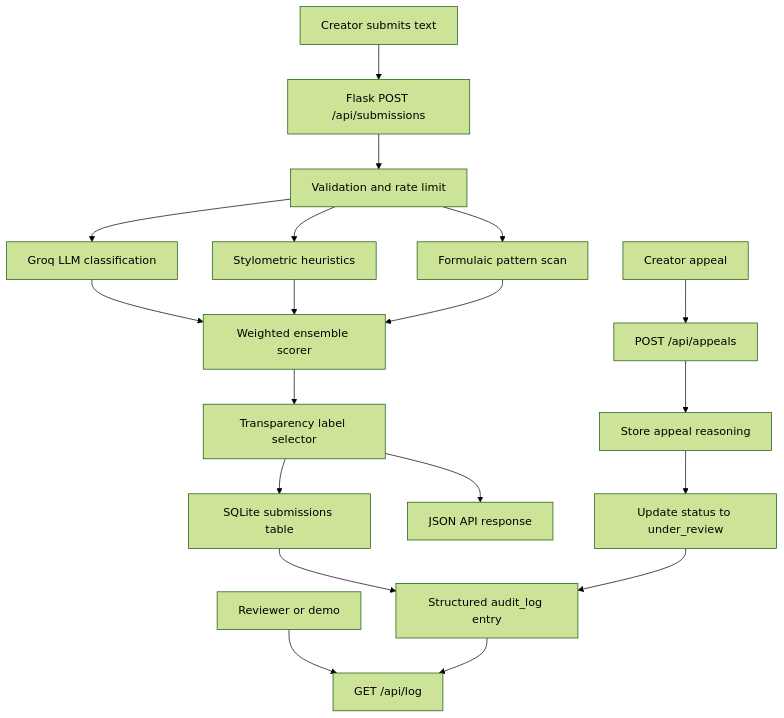
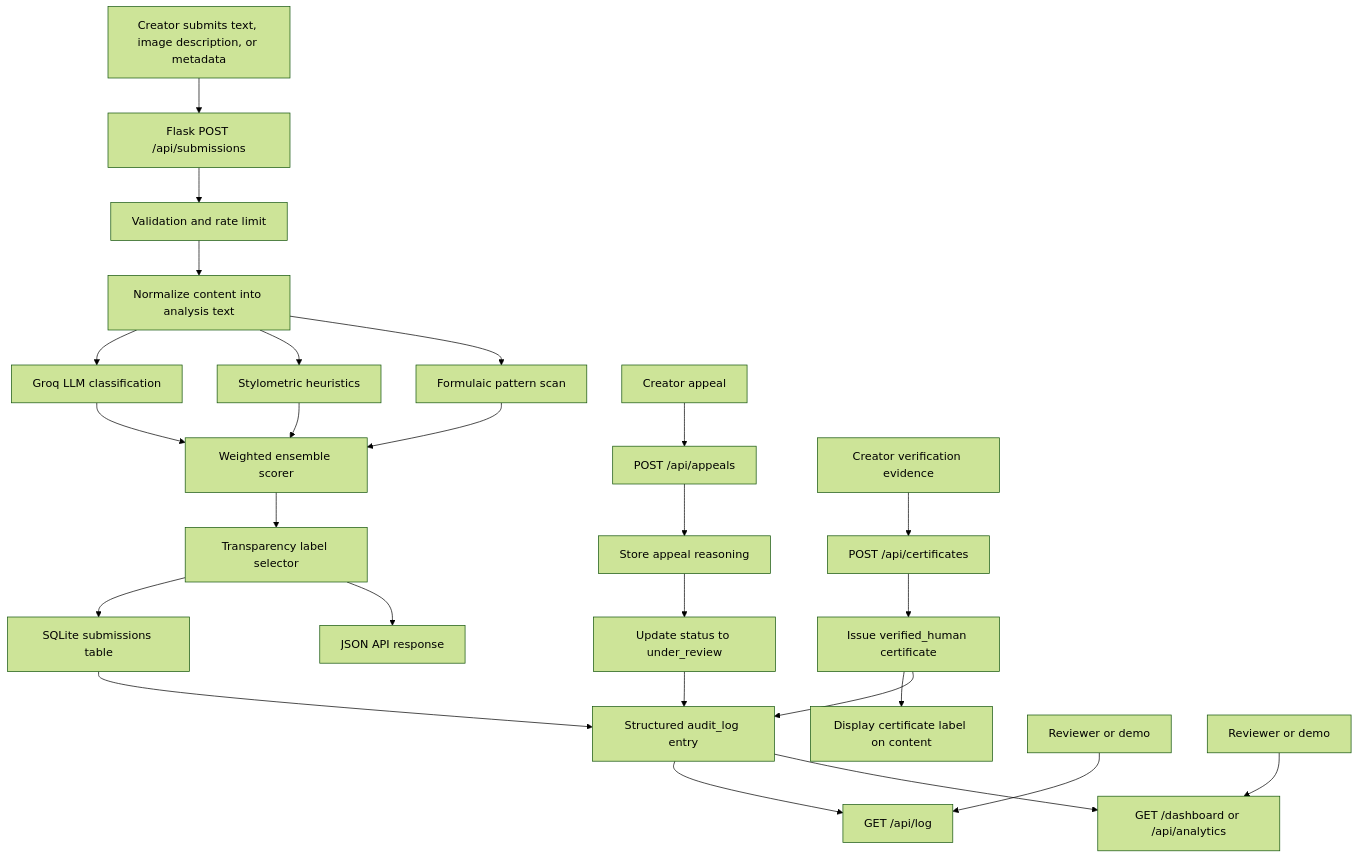
Before and after one commit to neonforestmist/ai201-project4-provenance-guard: the diagram in planning.md, drawn with Mermaid (forest theme). The commit also changed other lines of this file and 8 other files, not shown here.

````diff
--- a/planning.md
+++ b/planning.md
@@ -33,21 +33,28 @@
 ```mermaid
 flowchart TD
-    A["Creator submits text"] --> B["Flask POST /api/submissions"]
+    A["Creator submits text, image description, or metadata"] --> B["Flask POST /api/submissions"]
     B --> C["Validation and rate limit"]
-    C --> D["Groq LLM classification"]
-    C --> E["Stylometric heuristics"]
-    C --> F["Formulaic pattern scan"]
+    C --> R["Normalize content into analysis text"]
+    R --> D["Groq LLM classification"]
+    R --> E["Stylometric heuristics"]
+    R --> F["Formulaic pattern scan"]
     D --> G["Weighted ensemble scorer"]
     E --> G
     F --> G
     G --> H["Transparency label selector"]
     H --> I["SQLite submissions table"]
     I --> J["Structured audit_log entry"]
     H --> K["JSON API response"]
     L["Creator appeal"] --> M["POST /api/appeals"]
     M --> N["Store appeal reasoning"]
     N --> O["Update status to under_review"]
     O --> J
+    S["Creator verification evidence"] --> T["POST /api/certificates"]
+    T --> U["Issue verified_human certificate"]
+    U --> V["Display certificate label on content"]
+    U --> J
     P["Reviewer or demo"] --> Q["GET /api/log"]
     J --> Q
+    W["Reviewer or demo"] --> X["GET /dashboard or /api/analytics"]
+    J --> X
 ```
````
